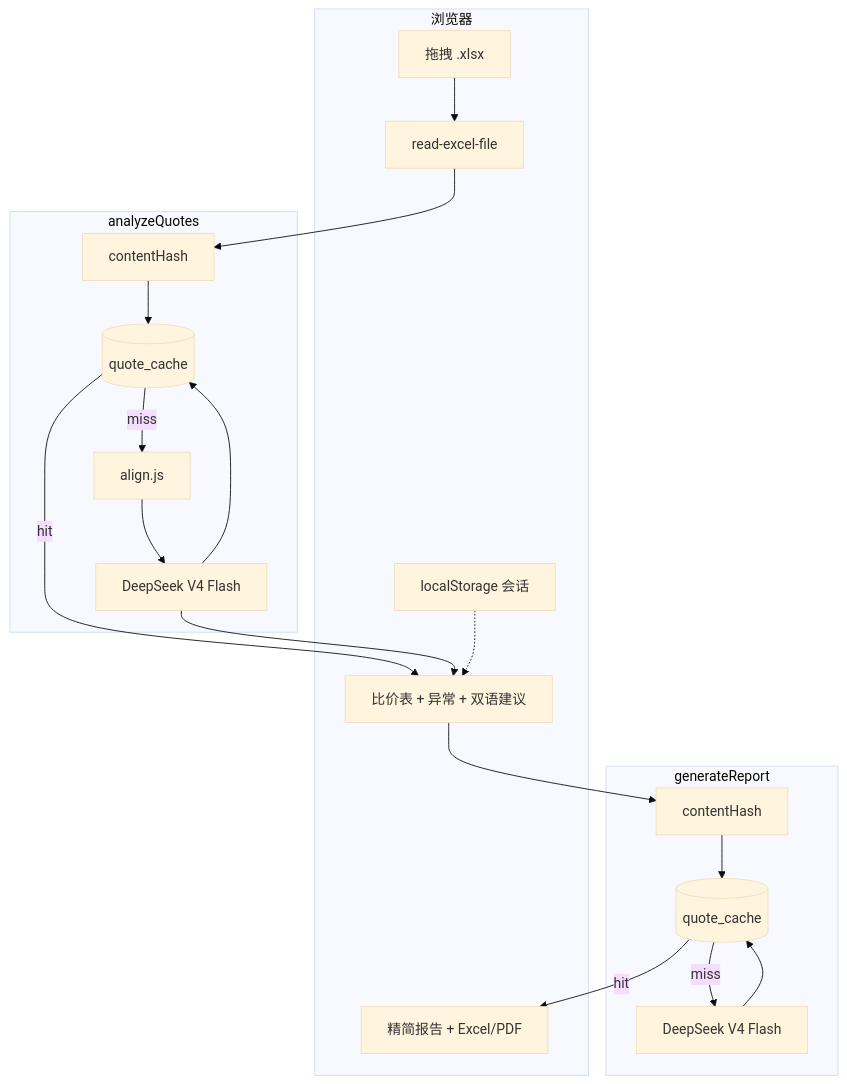
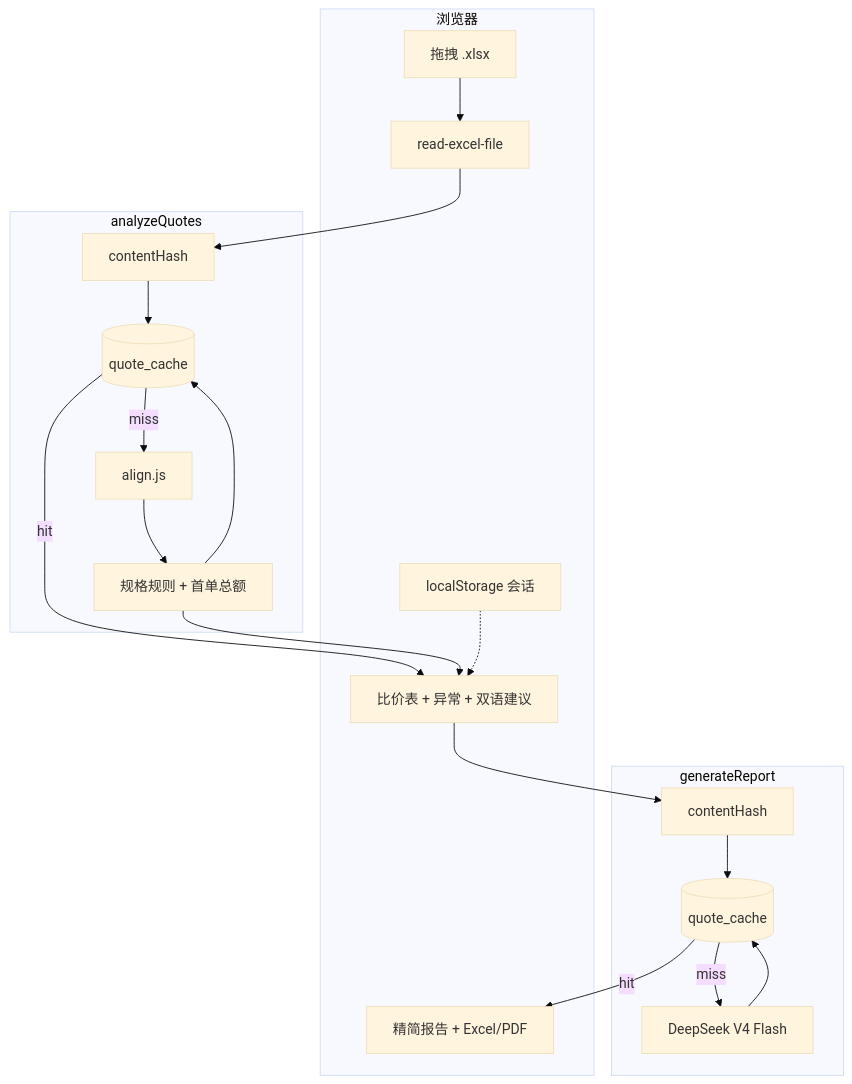
The first of 2 diagrams in quote-ai-demo/README.md (lipeiye/price_comparing), drawn with Mermaid (base theme) before and after one commit. The commit also changed other lines of this file and 15 other files, not shown here.

````diff
--- a/quote-ai-demo/README.md
+++ b/quote-ai-demo/README.md
@@ -128,36 +129,36 @@
 ```mermaid
 flowchart TB
     subgraph Browser["浏览器"]
         Upload[拖拽 .xlsx]
         Parse[read-excel-file]
         Session[localStorage 会话]
         UI[比价表 + 异常 + 双语建议]
         ReportUI[精简报告 + Excel/PDF]
     end
 
     subgraph CF1["analyzeQuotes"]
         Hash1[contentHash]
         Cache1[(quote_cache)]
         Align[align.js]
-        AI1[DeepSeek V4 Flash]
+        Rules[规格规则 + 首单总额]
     end
 
     subgraph CF2["generateReport"]
         Hash2[contentHash]
         Cache2[(quote_cache)]
         AI2[DeepSeek V4 Flash]
     end
 
     Upload --> Parse
     Parse --> Hash1
     Hash1 --> Cache1
-    Cache1 -->|miss| Align --> AI1
+    Cache1 -->|miss| Align --> Rules
     Cache1 -->|hit| UI
-    AI1 --> Cache1
-    AI1 --> UI
+    Rules --> Cache1
+    Rules --> UI
     UI --> Hash2
     Hash2 --> Cache2
     Cache2 -->|miss| AI2 --> Cache2
     Cache2 -->|hit| ReportUI
     Session -.-> UI
 ```
````
